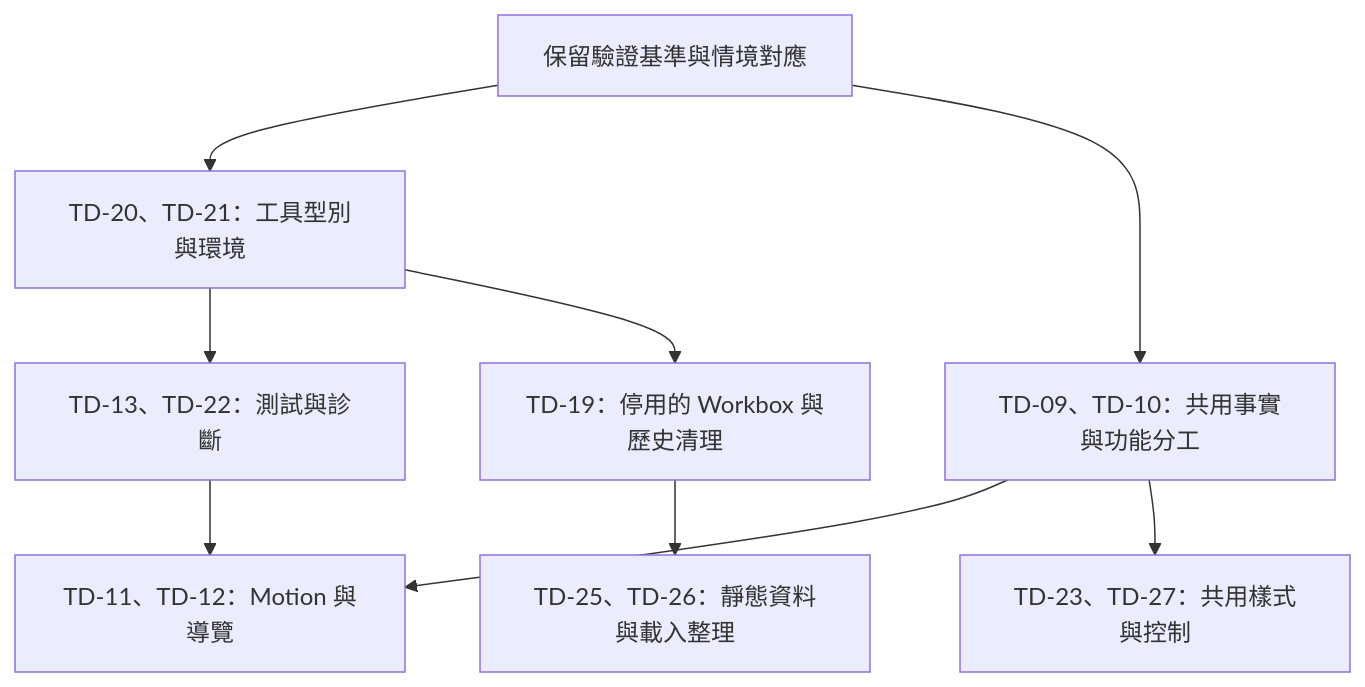
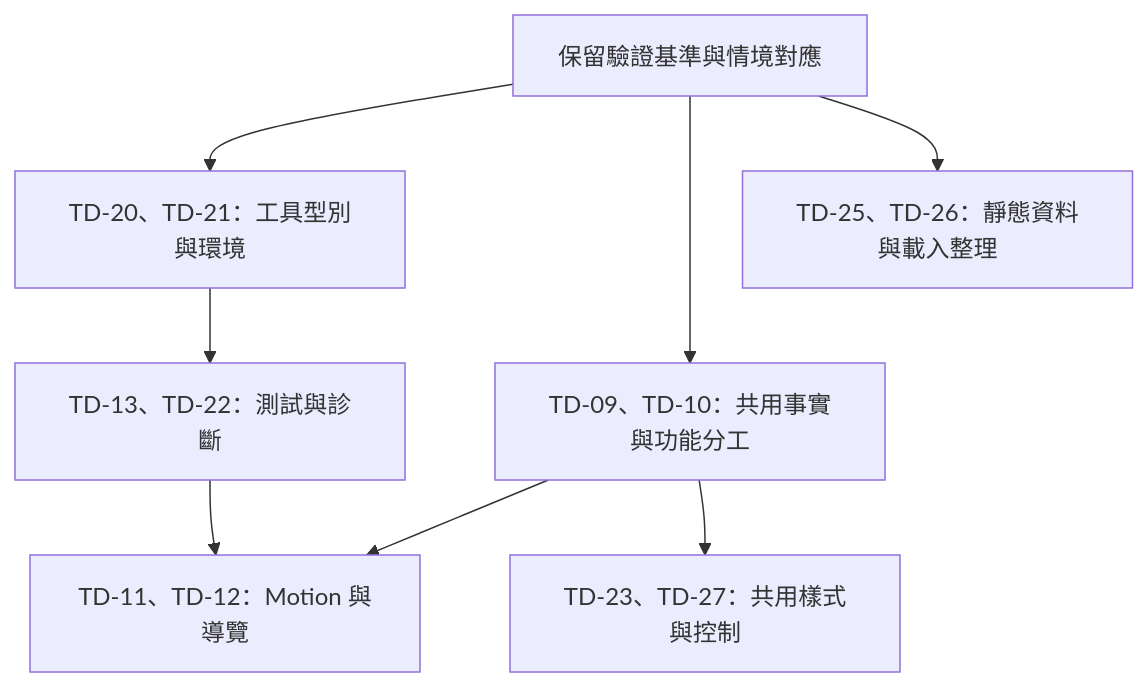
Before and after one commit to bingyangchen/bingyangchen.github.io: the third of 3 diagrams in docs/plans/0001-codebase-technical-debt.md, drawn with Mermaid. The commit also changed other lines of this file and 12 other files, not shown here.

````diff
--- a/docs/plans/0001-codebase-technical-debt.md
+++ b/docs/plans/0001-codebase-technical-debt.md
@@ -262,12 +244,11 @@
 ```mermaid
 flowchart TD
   baseline[保留驗證基準與情境對應]
   baseline --> tooling[TD-20、TD-21：工具型別與環境]
   baseline --> content[TD-09、TD-10：共用事實與功能分工]
   tooling --> tests[TD-13、TD-22：測試與診斷]
-  tooling --> build[TD-19：停用的 Workbox 與歷史清理]
   content --> logic[TD-11、TD-12：Motion 與導覽]
   tests --> logic
   content --> styles[TD-23、TD-27：共用樣式與控制]
-  build --> optional[TD-25、TD-26：靜態資料與載入整理]
+  baseline --> optional[TD-25、TD-26：靜態資料與載入整理]
 ```
````
